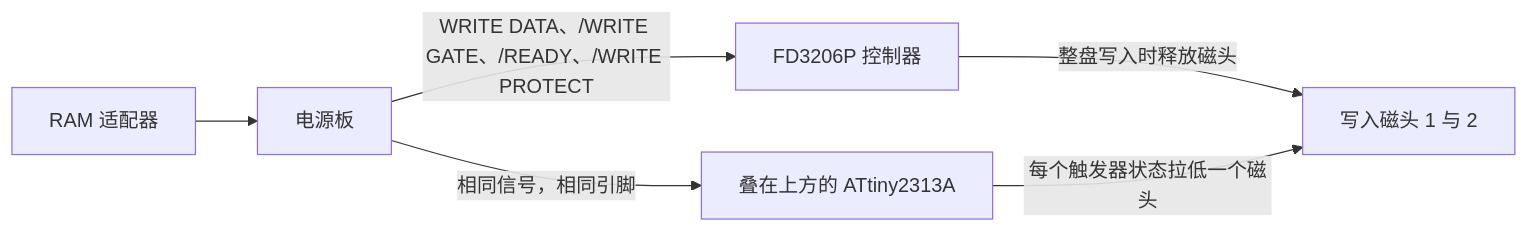
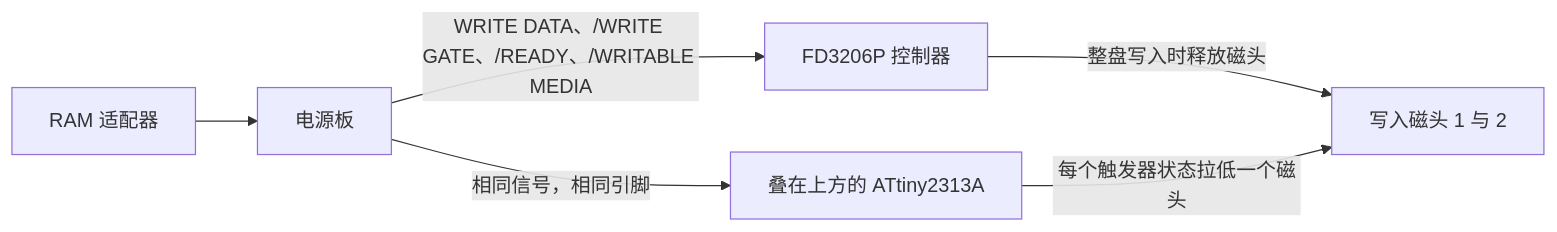
The diagram in README.zh-CN.md (gufranco/fd3206-write-unlock), drawn with Mermaid before and after one commit. The commit also changed other lines of this file and 12 other files, not shown here.

````diff
--- a/README.zh-CN.md
+++ b/README.zh-CN.md
@@ -109,8 +109,8 @@
 ```mermaid
 graph LR
     RAM[RAM 适配器] --> PWR[电源板]
-    PWR -->|WRITE DATA、/WRITE GATE、/READY、/WRITE PROTECT| FD[FD3206P 控制器]
+    PWR -->|WRITE DATA、/WRITE GATE、/READY、/WRITABLE MEDIA| FD[FD3206P 控制器]
     PWR -->|相同信号，相同引脚| AT[叠在上方的 ATtiny2313A]
     FD -->|整盘写入时释放磁头| HEADS[写入磁头 1 与 2]
     AT -->|每个触发器状态拉低一个磁头| HEADS
 ```
````
